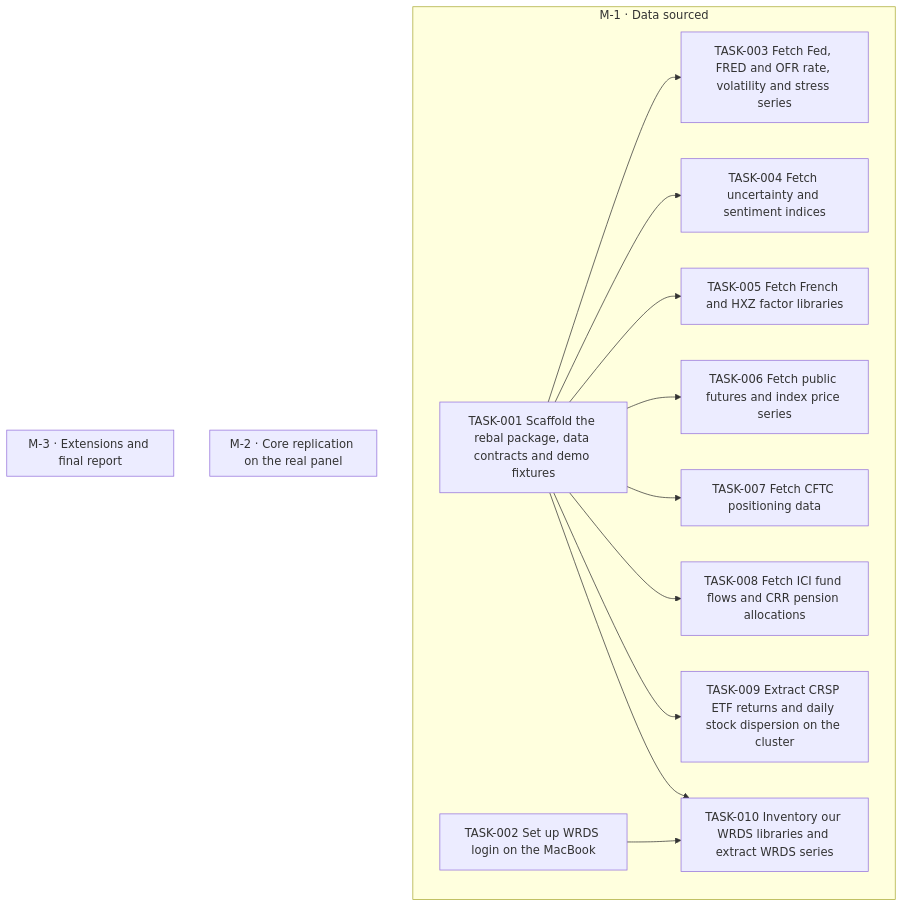
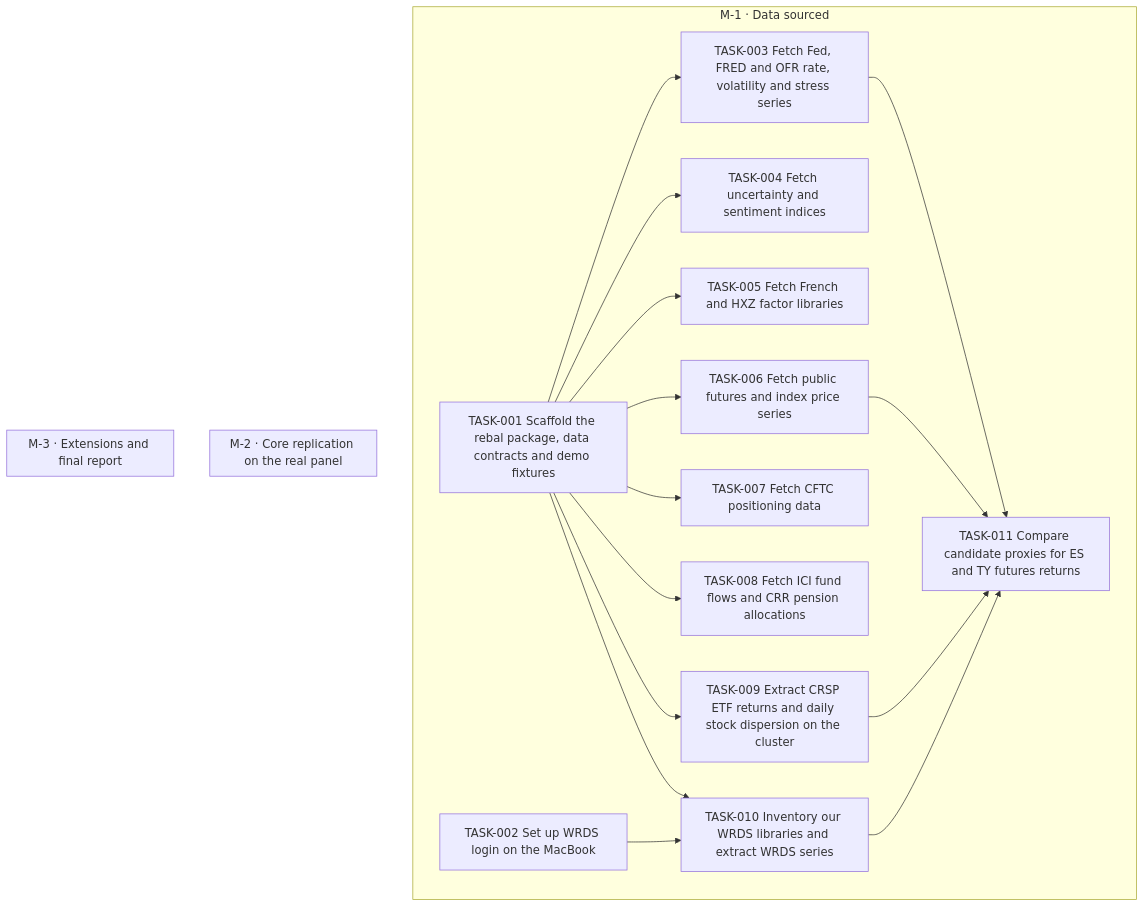
One commit to jesusvillota/replicate changed the diagram in goals/hmm-rebalancing/README.md. Above: the diagram before and after it, drawn with Mermaid. The commit also changed 1 other file, not shown here.

Commit message:
goal(hmm-rebalancing): add TASK-011 Compare candidate proxies for ES and TY futures returns

````diff
--- a/goals/hmm-rebalancing/README.md
+++ b/goals/hmm-rebalancing/README.md
@@ -126,31 +126,36 @@
 ```mermaid
 flowchart TD
   subgraph M_1["M-1 · Data sourced"]
     TASK_001["TASK-001 Scaffold the rebal package, data contracts and demo fixtures"]
     TASK_002["TASK-002 Set up WRDS login on the MacBook"]
     TASK_003["TASK-003 Fetch Fed, FRED and OFR rate, volatility and stress series"]
     TASK_004["TASK-004 Fetch uncertainty and sentiment indices"]
     TASK_005["TASK-005 Fetch French and HXZ factor libraries"]
     TASK_006["TASK-006 Fetch public futures and index price series"]
     TASK_007["TASK-007 Fetch CFTC positioning data"]
     TASK_008["TASK-008 Fetch ICI fund flows and CRR pension allocations"]
     TASK_009["TASK-009 Extract CRSP ETF returns and daily stock dispersion on the cluster"]
     TASK_010["TASK-010 Inventory our WRDS libraries and extract WRDS series"]
+    TASK_011["TASK-011 Compare candidate proxies for ES and TY futures returns"]
   end
   subgraph M_2["M-2 · Core replication on the real panel"]
   end
   subgraph M_3["M-3 · Extensions and final report"]
   end
   TASK_001 --> TASK_003
   TASK_001 --> TASK_004
   TASK_001 --> TASK_005
   TASK_001 --> TASK_006
   TASK_001 --> TASK_007
   TASK_001 --> TASK_008
   TASK_001 --> TASK_009
   TASK_001 --> TASK_010
   TASK_002 --> TASK_010
+  TASK_003 --> TASK_011
+  TASK_006 --> TASK_011
+  TASK_009 --> TASK_011
+  TASK_010 --> TASK_011
   classDef draft stroke-dasharray: 4 3
   classDef cancelled opacity:0.45
   classDef decision fill:#f3e8ff,stroke:#7c3aed
 ```
````
